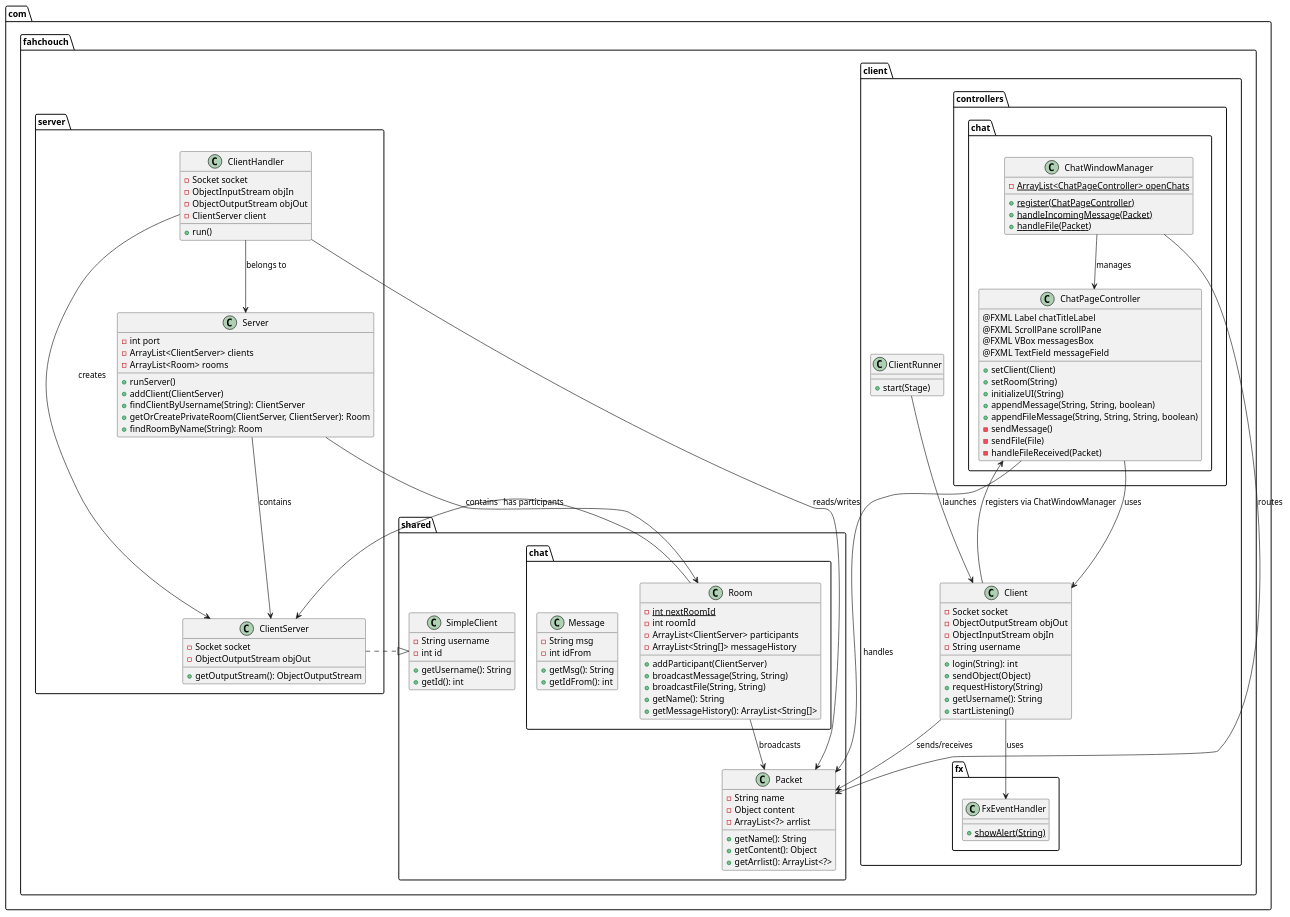
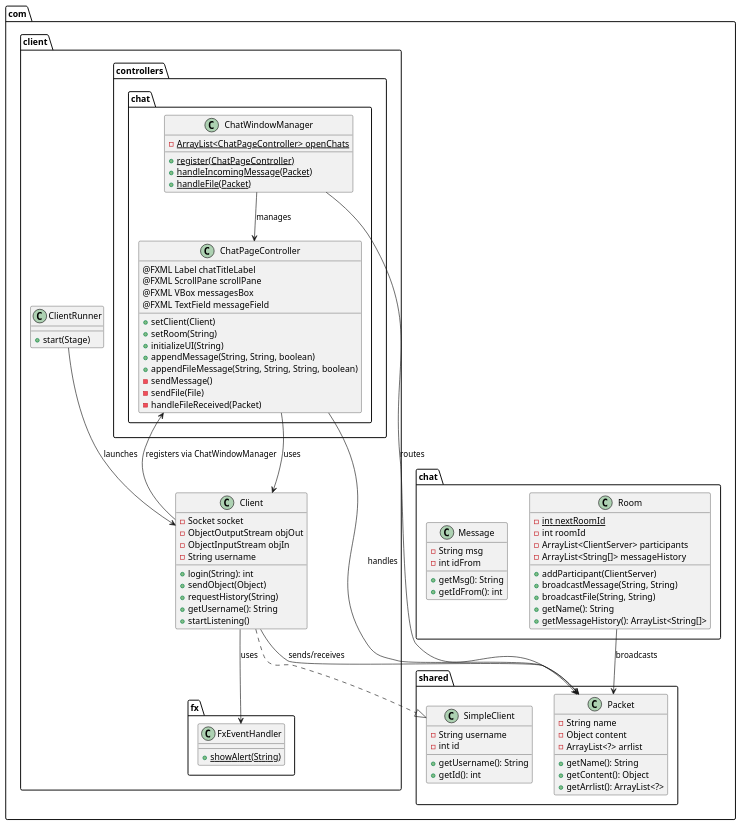
One commit to fahchouchsm/ChatAppJavaTCP-JavaFX changed the diagram in class.puml. Above: the diagram before and after it, drawn with PlantUML. The commit also changed 10 other files, not shown here.

```diff
--- a/class.puml
+++ b/class.puml
@@ -1,135 +1,136 @@
 @startuml classdiagram
 
-package "com.fahchouch.client" {
+package "com.client" {
   class Client {
     -Socket socket
     -ObjectOutputStream objOut
     -ObjectInputStream objIn
     -String username
     +login(String): int
     +sendObject(Object)
     +requestHistory(String)
     +getUsername(): String
     +startListening()
   }
   
   class ClientRunner {
     +start(Stage)
   }
   
   package "controllers.chat" {
     class ChatPageController {
       @FXML Label chatTitleLabel
       @FXML ScrollPane scrollPane
       @FXML VBox messagesBox
       @FXML TextField messageField
       +setClient(Client)
       +setRoom(String)
       +initializeUI(String)
       +appendMessage(String, String, boolean)
       +appendFileMessage(String, String, String, boolean)
       -sendMessage()
       -sendFile(File)
       -handleFileReceived(Packet)
     }
     
     class ChatWindowManager {
       {static} -ArrayList<ChatPageController> openChats
       {static} +register(ChatPageController)
       {static} +handleIncomingMessage(Packet)
       {static} +handleFile(Packet)
     }
   }
   
   package "fx" {
     class FxEventHandler {
       {static} +showAlert(String)
     }
   }
 }
 
-package "com.fahchouch.server" {
-  class Server {
-    -int port
-    -ArrayList<ClientServer> clients
-    -ArrayList<Room> rooms
-    +runServer()
-    +addClient(ClientServer)
-    +findClientByUsername(String): ClientServer
-    +getOrCreatePrivateRoom(ClientServer, ClientServer): Room
-    +findRoomByName(String): Room
-  }
+' package "com.server" {
+'   class Server {
+'     -int port
+'     -ArrayList<ClientServer> clients
+'     -ArrayList<Room> rooms
+'     +runServer()
+'     +addClient(ClientServer)
+'     +findClientByUsername(String): ClientServer
+'     +getOrCreatePrivateRoom(ClientServer, ClientServer): Room
+'     +findRoomByName(String): Room
+'   }
   
-  class ClientHandler {
-    -Socket socket
-    -ObjectInputStream objIn
-    -ObjectOutputStream objOut
-    -ClientServer client
-    +run()
-  }
+'   class ClientHandler {
+'     -Socket socket
+'     -ObjectInputStream objIn
+'     -ObjectOutputStream objOut
+'     -ClientServer client
+'     +run()
+'   }
   
-  class ClientServer {
-    -Socket socket
-    -ObjectOutputStream objOut
-    +getOutputStream(): ObjectOutputStream
-  }
-}
+'   class ClientServer {
+'     -Socket socket
+'     -ObjectOutputStream objOut
+'     +getOutputStream(): ObjectOutputStream
+'   }
+' }
 
-package "com.fahchouch.shared" {
+package "com.shared" {
   class Packet {
     -String name
     -Object content
     -ArrayList<?> arrlist
     +getName(): String
     +getContent(): Object
     +getArrlist(): ArrayList<?>
   }
   
   class SimpleClient {
     -String username
     -int id
     +getUsername(): String
     +getId(): int
   }
 }
 
-package "com.fahchouch.shared.chat" {
+package "com.chat" {
   class Room {
     {static} -int nextRoomId
     -int roomId
     -ArrayList<ClientServer> participants
     -ArrayList<String[]> messageHistory
     +addParticipant(ClientServer)
     +broadcastMessage(String, String)
     +broadcastFile(String, String)
     +getName(): String
     +getMessageHistory(): ArrayList<String[]>
   }
   
   class Message {
     -String msg
     -int idFrom
     +getMsg(): String
     +getIdFrom(): int
   }
 }
 
 ' === Relationships ===
 Client --> Packet : sends/receives
 Client --> FxEventHandler : uses
 ClientRunner --> Client : launches
 ChatPageController --> Client : uses
 ChatPageController --> Packet : handles
 ChatWindowManager --> ChatPageController : manages
 ChatWindowManager --> Packet : routes
-ClientHandler --> Server : belongs to
-ClientHandler --> ClientServer : creates
-ClientHandler --> Packet : reads/writes
-ClientServer ..|> SimpleClient
-Server --> ClientServer : contains
-Server --> Room : contains
-Room --> ClientServer : has participants
+' ClientHandler --> Server : belongs to
+' ClientHandler --> ClientServer : creates
+' ClientHandler --> Packet : reads/writes
+' ClientServer ..|> SimpleClient
+Client ..|> SimpleClient
+' Server --> ClientServer : contains
+' Server --> Room : contains
+' Room --> ClientServer : has participants
 Room --> Packet : broadcasts
-Client --> ChatPageController : registers via ChatWindowManager
+Client -->  ChatPageController : registers via ChatWindowManager
 
 @enduml
```
